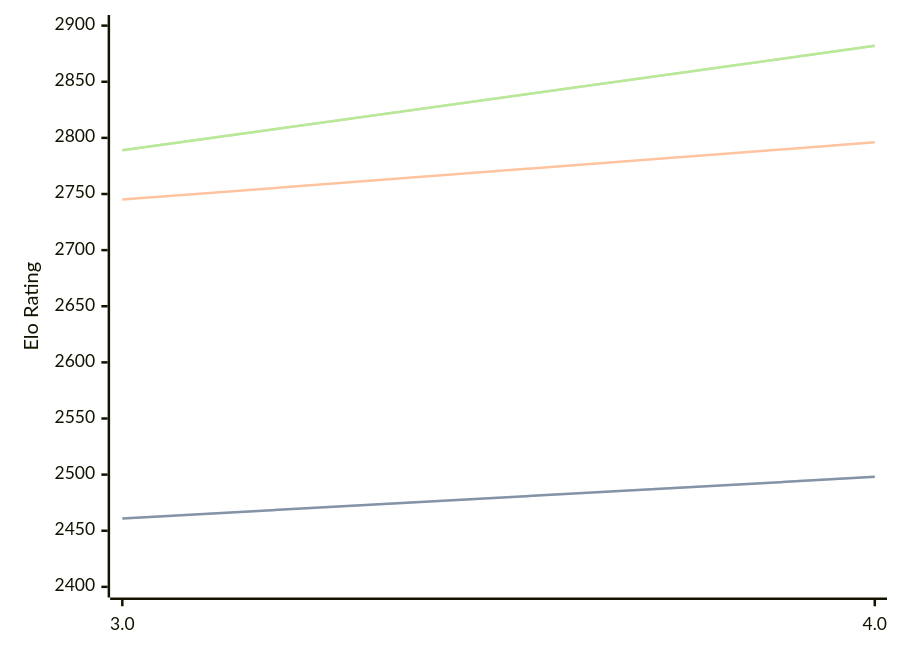
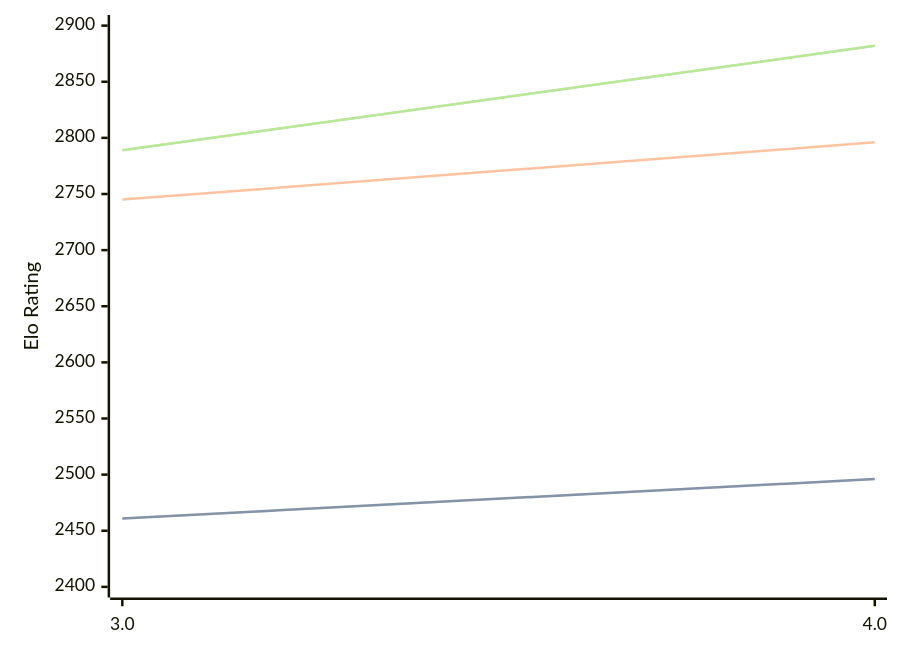
One commit to computer-chess-index/cci changed the third of 3 diagrams in engines/Chess3.md. Above: the diagram before and after it, drawn with Mermaid. The commit also changed other lines of this file, not shown here.

````diff
--- a/engines/Chess3.md
+++ b/engines/Chess3.md
@@ -67,11 +67,11 @@
 ```mermaid
 %%{init: {"theme":"base","themeVariables":{"seriesColors:['#a3a3a3','#222221','#faa371']}}}%%
 xychart-beta
   x-axis ["3.0", "4.0"]
   y-axis "Elo Rating" 2400 --> 2900
-  line "STC (8.0+0.08s)" [2461, 2498]
-  line "STC (8.0+0.08s)" [2461, 2498]
+  line "STC (8.0+0.08s)" [2461, 2496]
+  line "STC (8.0+0.08s)" [2461, 2496]
   line "LTC (60.0+0.60s)" [2745, 2796]
   line "VLTC (2m24s+1.12s)" [2789, 2882]
   line "VLTC (2m24s+1.12s)" [2789, 2882]
 ```
````
